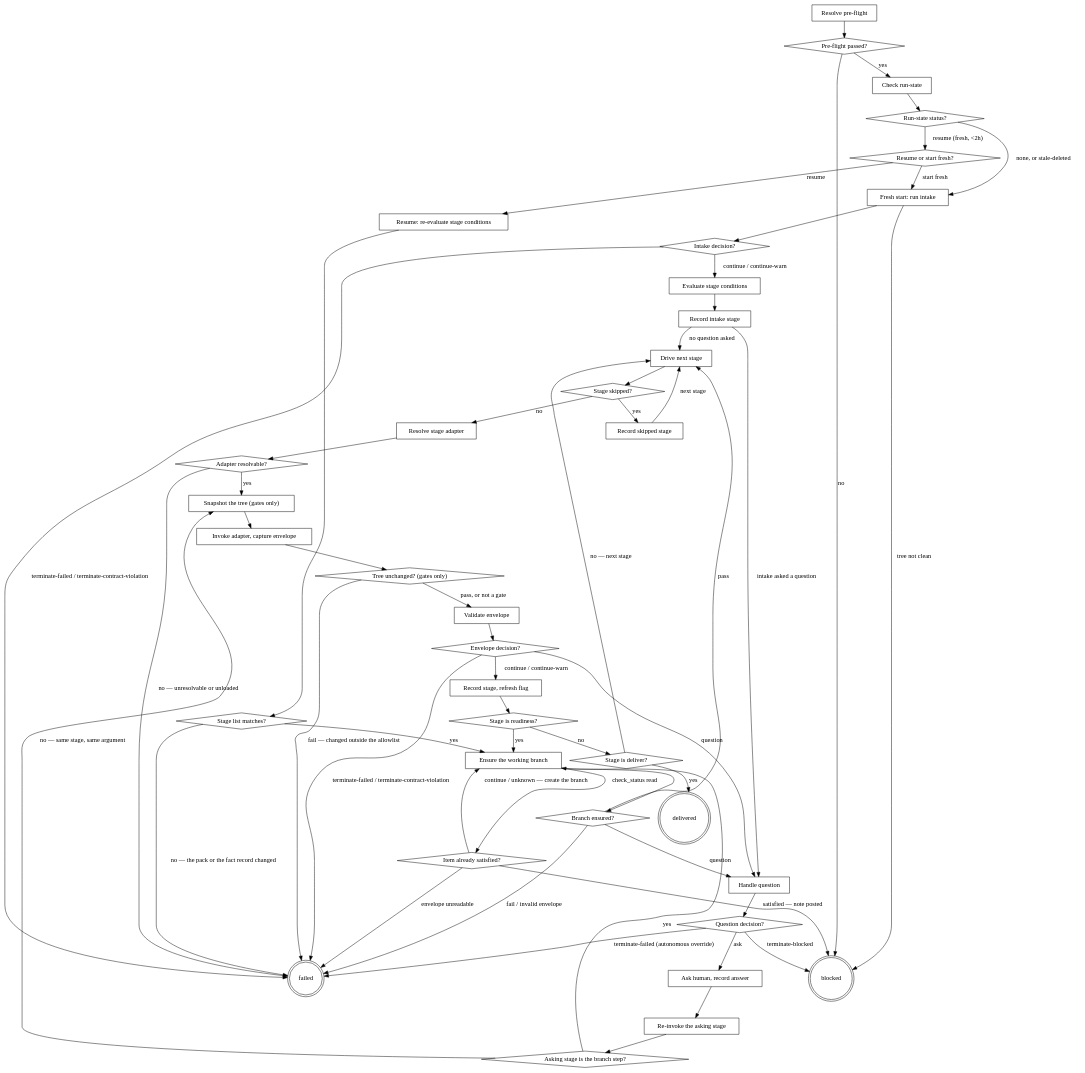
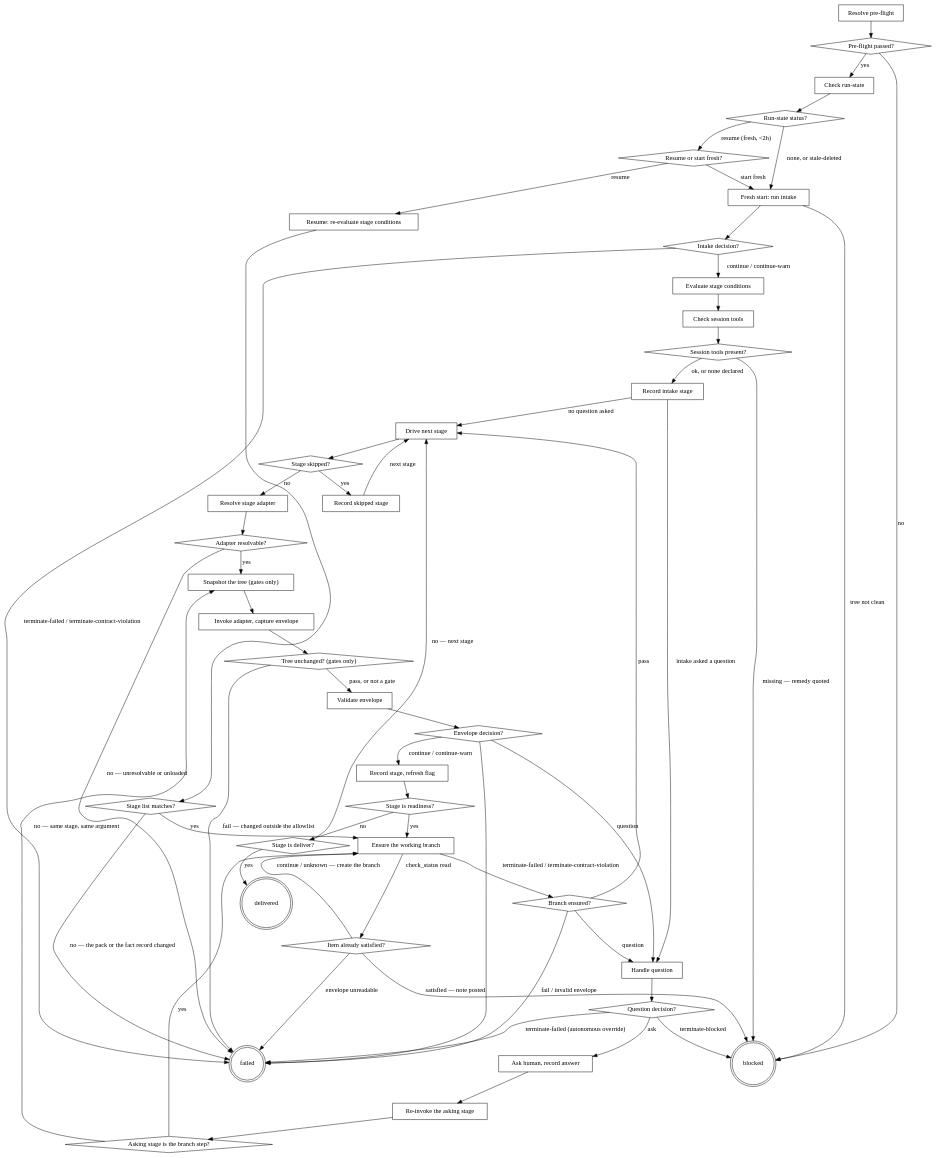
The diagram in plugins/agentic-core/skills/run-route/SKILL.md (agenticDraft/aem-eds-ai-workflow-demo), drawn with Graphviz before and after one commit. The commit also changed other lines of this file and 11 other files, not shown here.

First line of the commit message:
Session tools are checked before the run does any work (Phase 53, spec 34) (#247)

```diff
--- a/plugins/agentic-core/skills/run-route/SKILL.md
+++ b/plugins/agentic-core/skills/run-route/SKILL.md
@@ -256,6 +256,8 @@
     "Fresh start: run intake" [shape=box];
     "Intake decision?" [shape=diamond];
     "Evaluate stage conditions" [shape=box];
+    "Check session tools" [shape=box];
+    "Session tools present?" [shape=diamond];
     "Record intake stage" [shape=box];
     "Resume: re-evaluate stage conditions" [shape=box];
     "Stage list matches?" [shape=diamond];
@@ -296,7 +298,10 @@
     "Fresh start: run intake" -> "Intake decision?";
     "Intake decision?" -> "failed" [label="terminate-failed / terminate-contract-violation"];
     "Intake decision?" -> "Evaluate stage conditions" [label="continue / continue-warn"];
-    "Evaluate stage conditions" -> "Record intake stage";
+    "Evaluate stage conditions" -> "Check session tools";
+    "Check session tools" -> "Session tools present?";
+    "Session tools present?" -> "Record intake stage" [label="ok, or none declared"];
+    "Session tools present?" -> "blocked" [label="missing — remedy quoted"];
     "Record intake stage" -> "Handle question" [label="intake asked a question"];
     "Record intake stage" -> "Drive next stage" [label="no question asked"];
     "Resume: re-evaluate stage conditions" -> "Stage list matches?";
```
